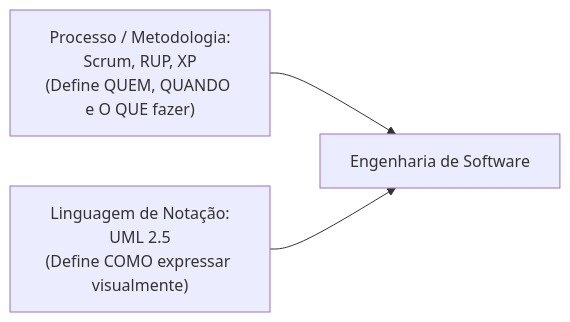
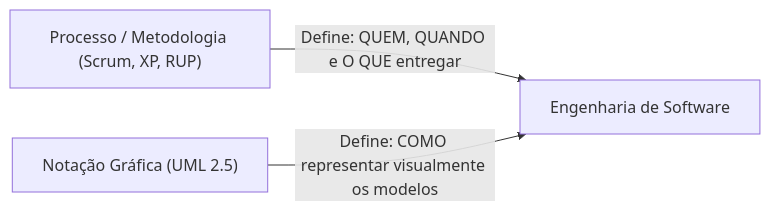
One commit to murilolol/unifef changed diagram 16 of 32 in 4º Semestre/[Prof. Wesley Soares] Engenharia de Software II/Resumos-IA/Simulados-Comentados.md. Above: the diagram before and after it, drawn with Mermaid. The commit also changed other lines of this file and 18 other files, not shown here.

````diff
--- a/4º Semestre/[Prof. Wesley Soares] Engenharia de Software II/Resumos-IA/Simulados-Comentados.md
+++ b/4º Semestre/[Prof. Wesley Soares] Engenharia de Software II/Resumos-IA/Simulados-Comentados.md
@@ -660,5 +777,5 @@
 ```mermaid
 flowchart LR
-    M["Processo / Metodologia:<br>Scrum, RUP, XP<br>(Define QUEM, QUANDO e O QUE fazer)"] --> E["Engenharia de Software"]
-    N["Linguagem de Notação:<br>UML 2.5<br>(Define COMO expressar visualmente)"] --> E
+ P["Processo / Metodologia (Scrum, XP, RUP)"] -->|Define: QUEM, QUANDO e O QUE entregar| E["Engenharia de Software"]
+ N["Notação Gráfica (UML 2.5)"] -->|Define: COMO representar visualmente os modelos| E
 ```
````
